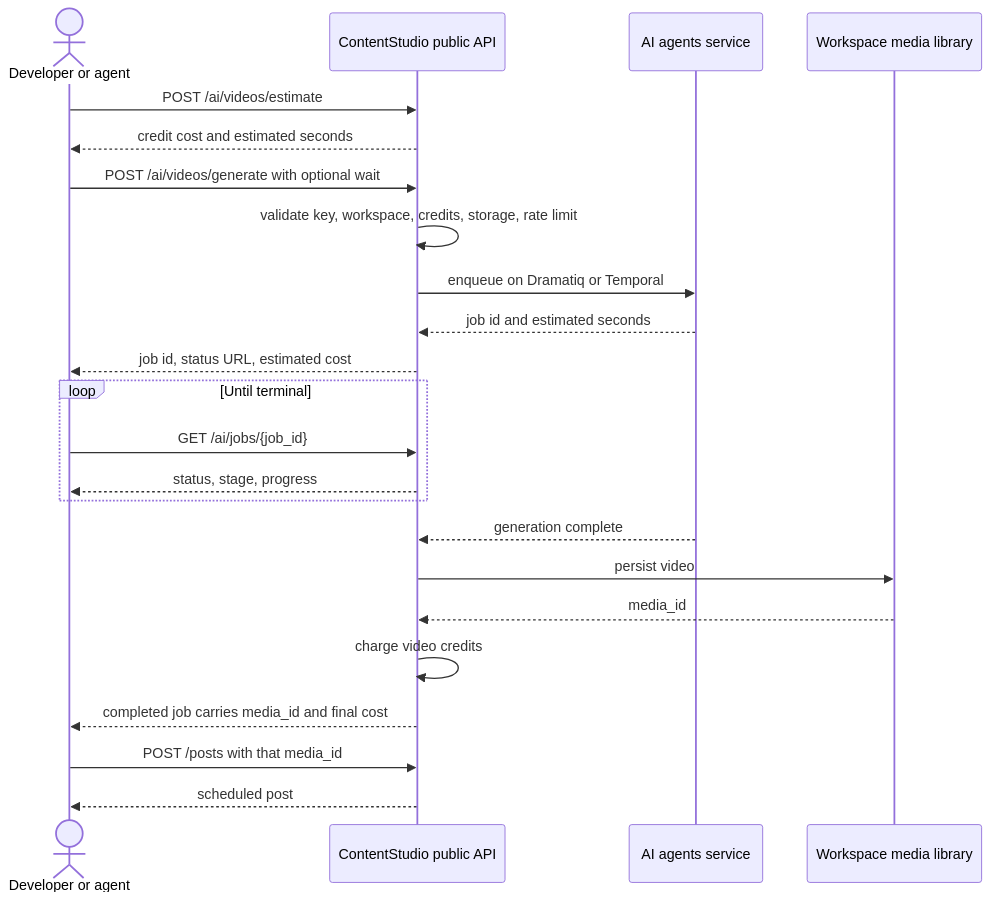
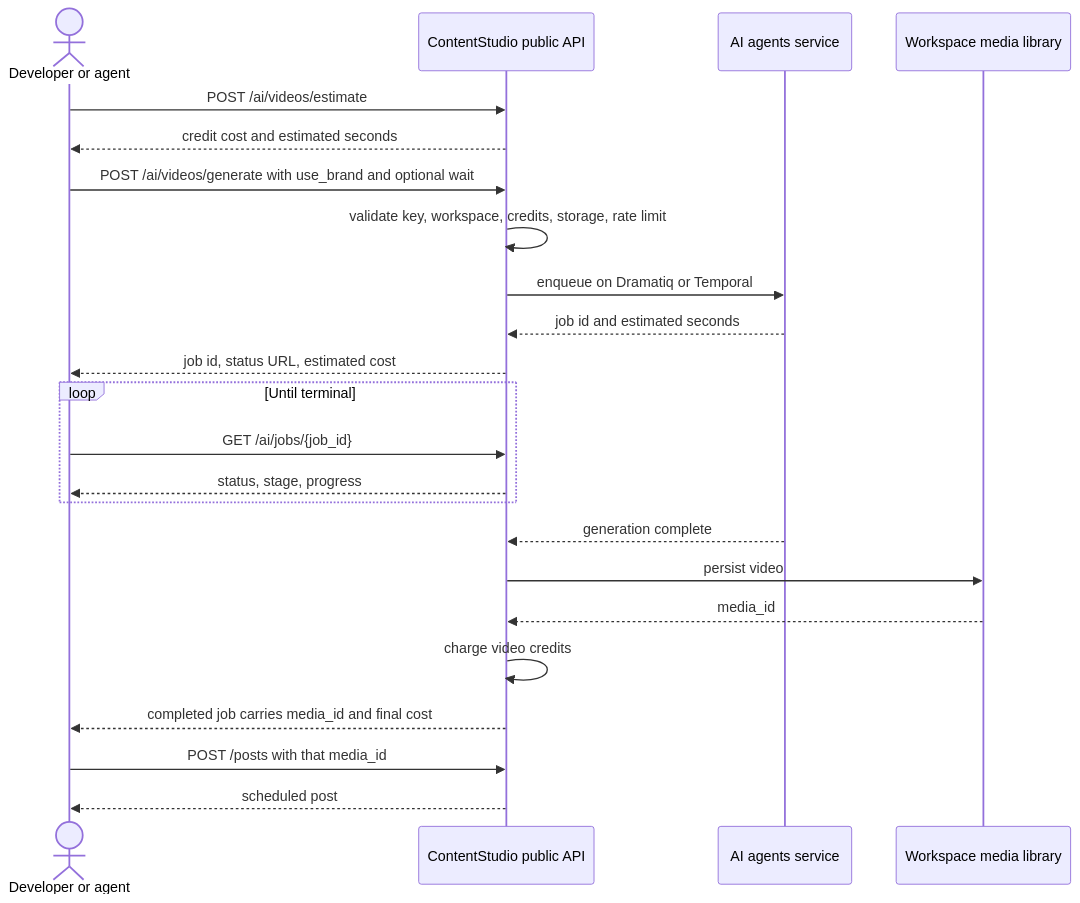
Before and after one commit to Ghulam-Jaffar/contentstudio-agentic-product-pipeline: the diagram in docs/features/public-api-ai-video-generation/04-epic-and-stories.md, drawn with Mermaid. The commit also changed other lines of this file and 21 other files, not shown here.

````diff
--- a/docs/features/public-api-ai-video-generation/04-epic-and-stories.md
+++ b/docs/features/public-api-ai-video-generation/04-epic-and-stories.md
@@ -68,30 +74,30 @@
 ```mermaid
 sequenceDiagram
     actor Dev as Developer or agent
     participant API as ContentStudio public API
     participant AI as AI agents service
     participant Media as Workspace media library
 
     Dev->>API: POST /ai/videos/estimate
     API-->>Dev: credit cost and estimated seconds
 
-    Dev->>API: POST /ai/videos/generate with optional wait
+    Dev->>API: POST /ai/videos/generate with use_brand and optional wait
     API->>API: validate key, workspace, credits, storage, rate limit
     API->>AI: enqueue on Dramatiq or Temporal
     AI-->>API: job id and estimated seconds
     API-->>Dev: job id, status URL, estimated cost
 
     loop Until terminal
         Dev->>API: GET /ai/jobs/{job_id}
         API-->>Dev: status, stage, progress
     end
 
     AI-->>API: generation complete
     API->>Media: persist video
     Media-->>API: media_id
     API->>API: charge video credits
     API-->>Dev: completed job carries media_id and final cost
 
     Dev->>API: POST /posts with that media_id
     API-->>Dev: scheduled post
 ```
````
